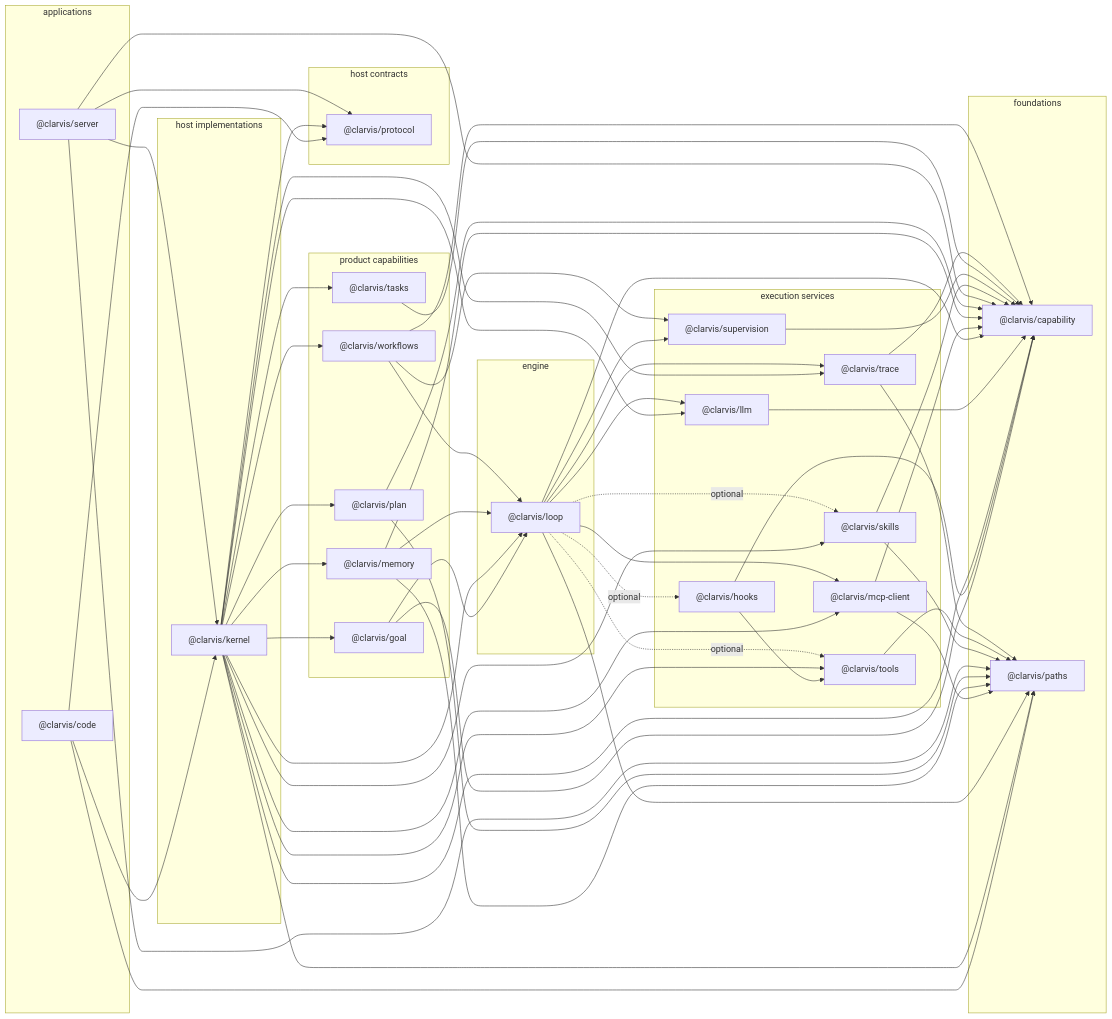
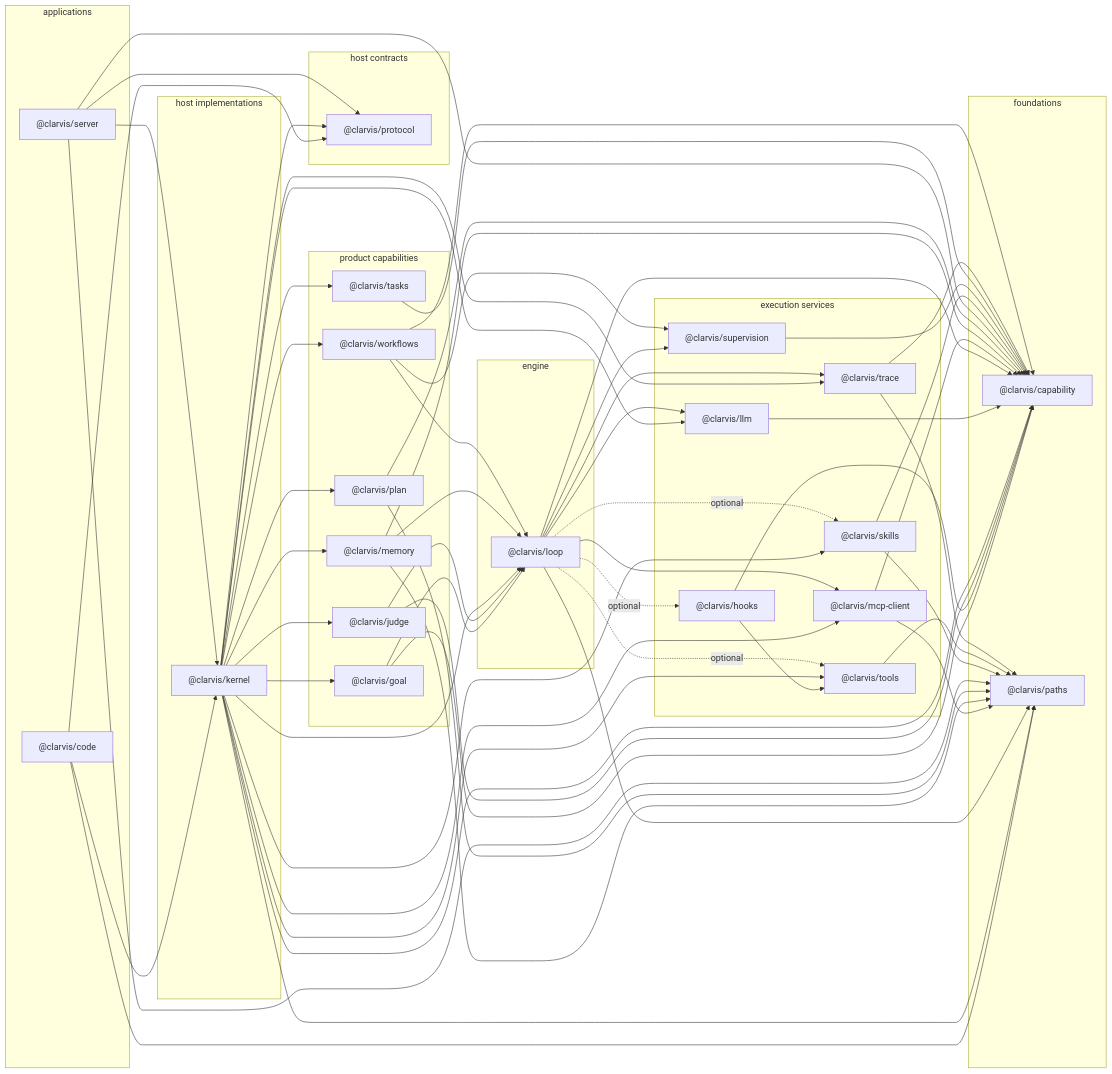
The diagram in specs/package-coupling-analysis.md (getclarvis/clarvis), drawn with Mermaid before and after one commit. The commit also changed other lines of this file and 219 other files, not shown here.

Commit message:
feat: extract judge capability

```diff
--- a/specs/package-coupling-analysis.md
+++ b/specs/package-coupling-analysis.md
@@ -75,6 +75,7 @@
   end
   subgraph role_product_capability["product capabilities"]
     goal["@clarvis/goal"]
+    judge["@clarvis/judge"]
     memory["@clarvis/memory"]
     plan["@clarvis/plan"]
     tasks["@clarvis/tasks"]
@@ -94,8 +95,11 @@
   goal --> loop
   hooks --> capability
   hooks --> tools
+  judge --> capability
+  judge --> loop
   kernel --> capability
   kernel --> goal
+  kernel --> judge
   kernel --> llm
   kernel --> loop
   kernel --> mcp_client
```
